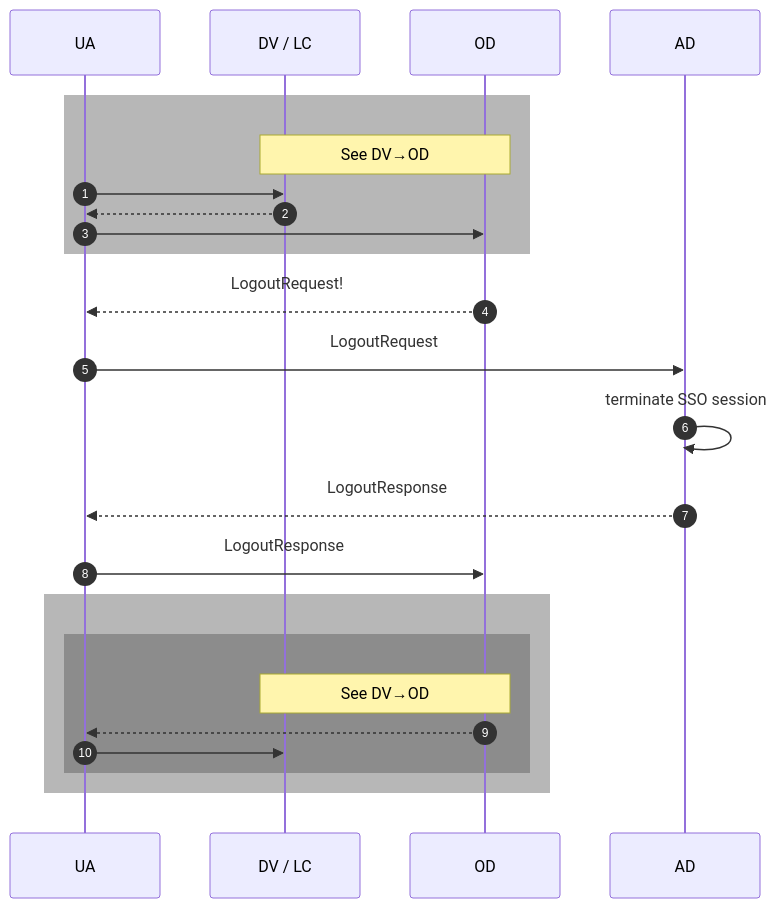
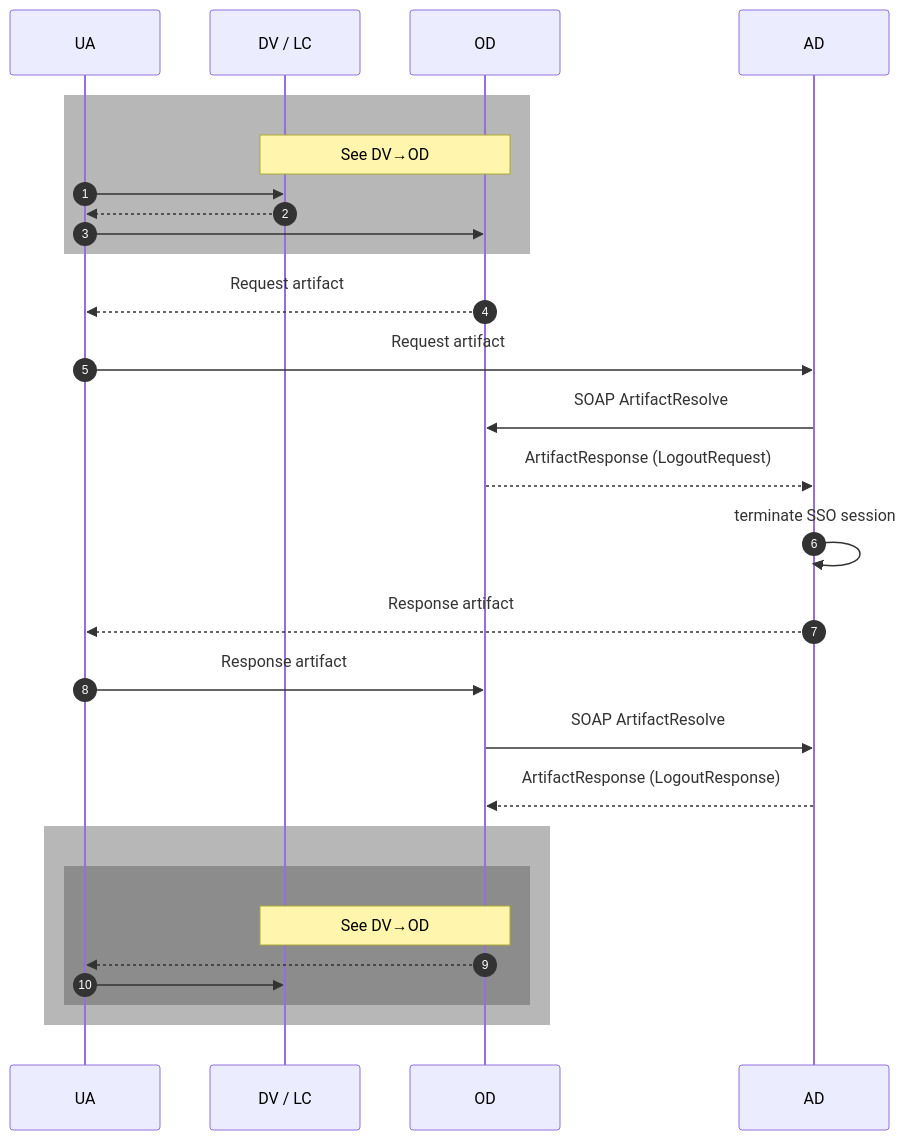
One commit to Logius-standaarden/st-saml-spec changed the diagram in media/saml-logout-rd-ad-bvd.mermaid. Above: the diagram before and after it, drawn with Mermaid. The commit also changed 27 other files, not shown here.

```diff
--- a/media/saml-logout-rd-ad-bvd.mermaid
+++ b/media/saml-logout-rd-ad-bvd.mermaid
@@ -1,28 +1,36 @@
 %%{init: {
     "themeVariables": {"fontSize": "24px"},
     "sequence": {"boxMargin": 20}
 }}%%
 sequenceDiagram
 autonumber
 participant A as UA
 participant B as DV / LC
 participant C as OD
 participant E as AD
 rect rgba(75, 75, 75,.4)
     Note over B,C: See DV#8594;OD
     A->>B:
     B-->>A:
     A->>C:
 end
-C-->>A: LogoutRequest!
-A->>E: LogoutRequest
+C-->>A: Request artifact
+A->>E: Request artifact
+autonumber off
+E->>C: SOAP ArtifactResolve
+C-->>E: ArtifactResponse (LogoutRequest)
+autonumber 6
 E->>E: terminate SSO session
-E-->>A: LogoutResponse
-A->>C: LogoutResponse
+E-->>A: Response artifact
+A->>C: Response artifact
+autonumber off
+C->>E: SOAP ArtifactResolve
+E-->>C: ArtifactResponse (LogoutResponse)
+autonumber 9
 rect rgba(75, 75, 75, .4)
 rect rgba(75, 75, 75, .4)
     Note over B,C: See DV#8594;OD
     C-->>A:
     A->>B:
 end
 end
```
